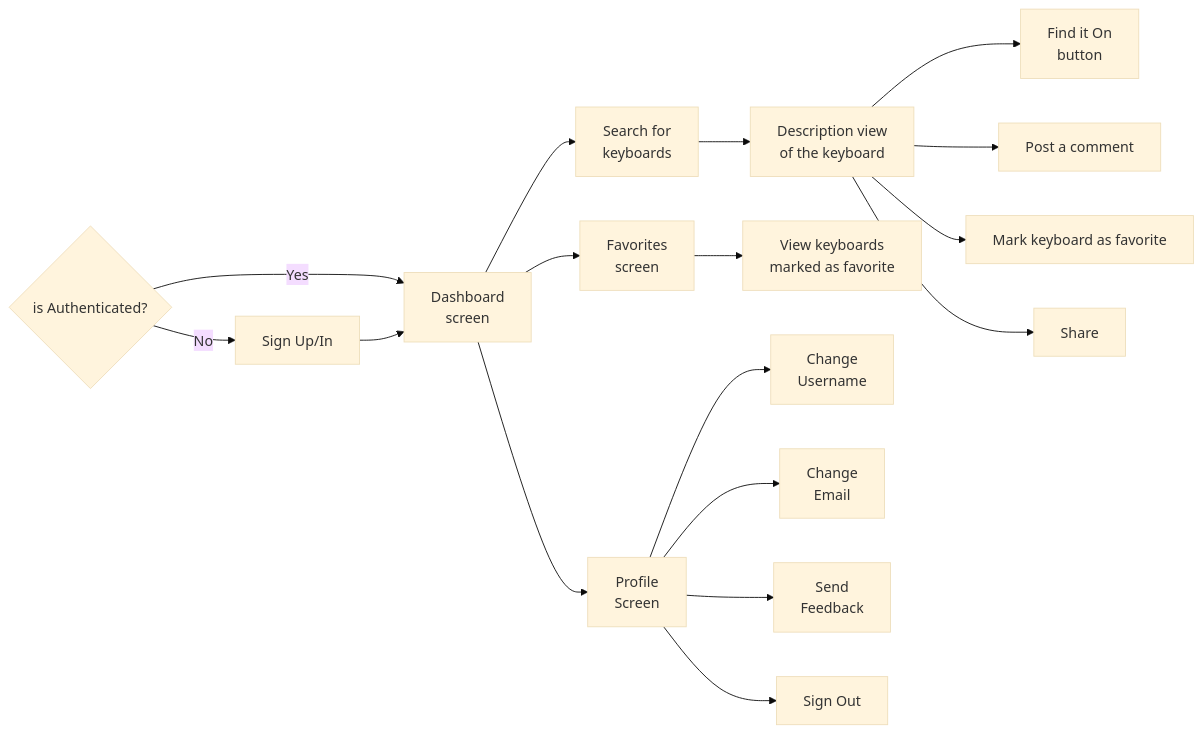
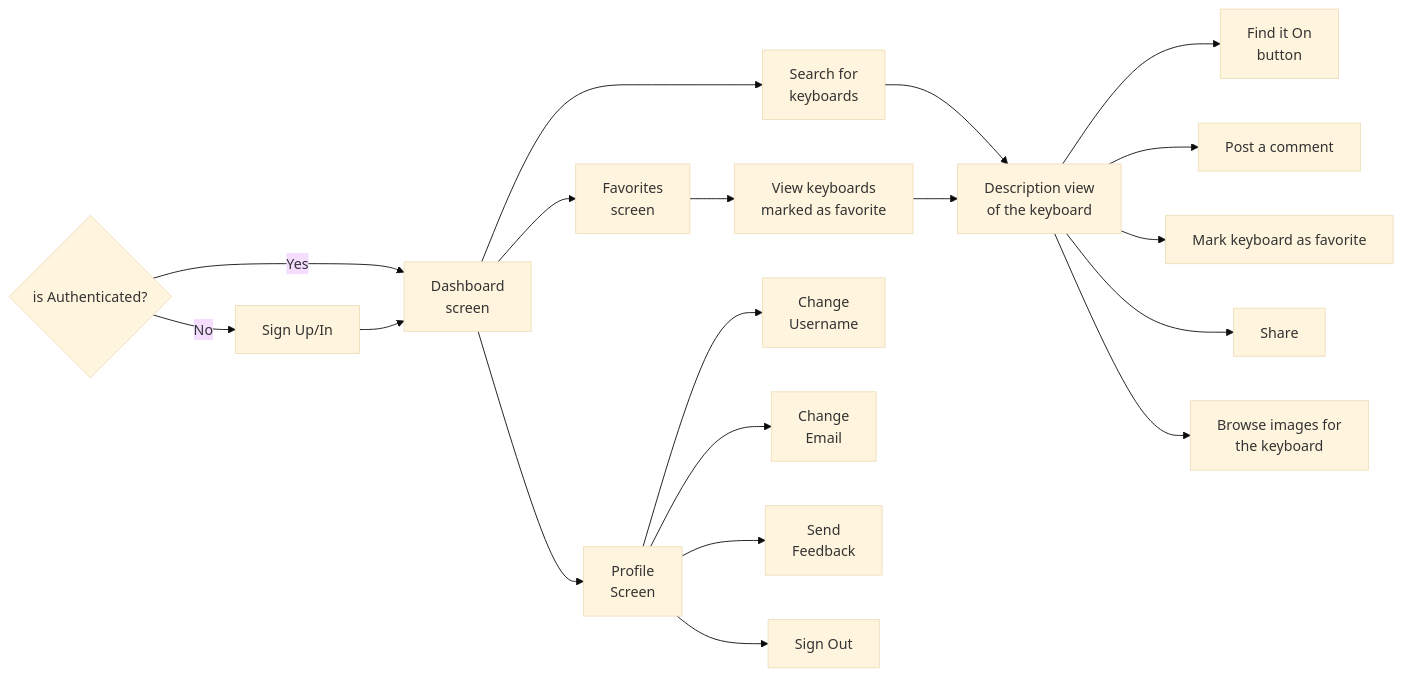
One commit to Vlastrix/keytastic_backend changed the diagram in docs/flow_of_keytastic/userFlow.md. Above: the diagram before and after it, drawn with Mermaid (base theme). The commit also changed other lines of this file, not shown here.

````diff
--- a/docs/flow_of_keytastic/userFlow.md
+++ b/docs/flow_of_keytastic/userFlow.md
@@ -2,20 +2,22 @@
 ```mermaid
 graph LR
     C{is Authenticated?}
     C -->|Yes| D[Dashboard \n screen]
     C -->|No| E[Sign Up/In]
     E --> D
     D --> H[Search for \n keyboards]
     H --> I[Description view \n of the keyboard]
     I --> F[Find it On \n button]
     I --> G[Post a comment]
     I --> A[Mark keyboard as favorite]
     I --> B[Share]
     D --> J[Favorites \n screen]
     J --> K[View keyboards \n marked as favorite]
+    I --> X[Browse images for \n the keyboard]
+    K --> I
     D --> P[Profile \n Screen]
     P --> R[Change \n Username]
     P --> S[Change \n Email]
     P --> T[Send \n Feedback]
     P --> Q[Sign Out]
 ```
````
